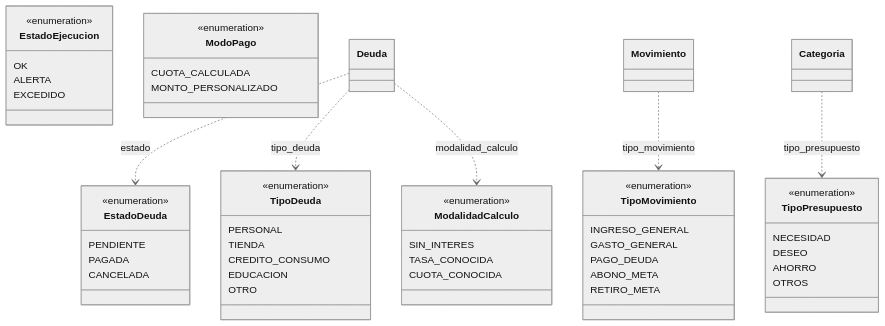
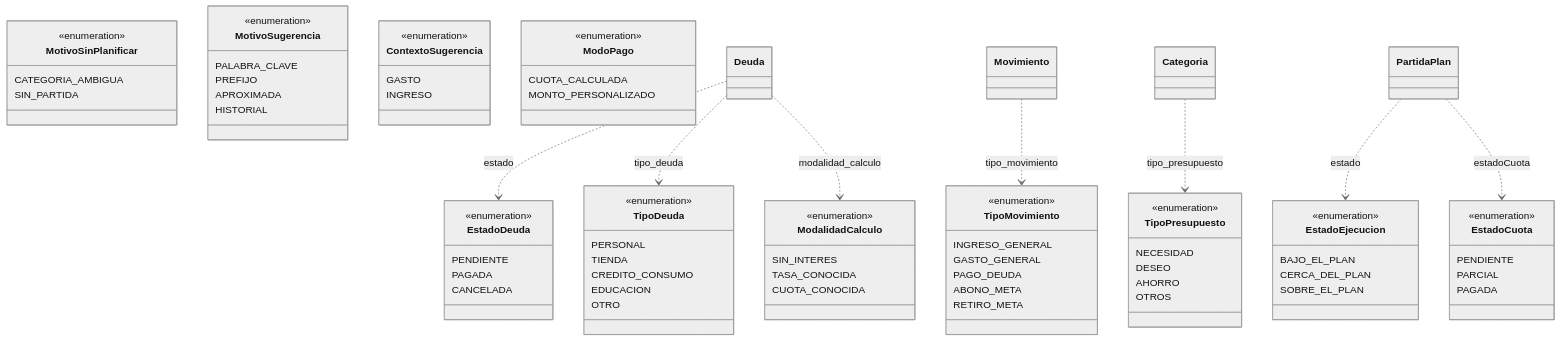
One commit to ItsMilkey/LITE changed the second of 2 diagrams in docs/diagramas/05-modelo-er.md. Above: the diagram before and after it, drawn with Mermaid (neutral theme). The commit also changed other lines of this file and 23 other files, not shown here.

````diff
--- a/docs/diagramas/05-modelo-er.md
+++ b/docs/diagramas/05-modelo-er.md
@@ -119,54 +210,79 @@
 ```mermaid
 classDiagram
     class EstadoDeuda {
         <<enumeration>>
         PENDIENTE
         PAGADA
         CANCELADA
     }
     class TipoDeuda {
         <<enumeration>>
         PERSONAL
         TIENDA
         CREDITO_CONSUMO
         EDUCACION
         OTRO
     }
     class ModalidadCalculo {
         <<enumeration>>
         SIN_INTERES
         TASA_CONOCIDA
         CUOTA_CONOCIDA
     }
     class TipoMovimiento {
         <<enumeration>>
         INGRESO_GENERAL
         GASTO_GENERAL
         PAGO_DEUDA
         ABONO_META
         RETIRO_META
     }
     class TipoPresupuesto {
         <<enumeration>>
         NECESIDAD
         DESEO
         AHORRO
         OTROS
     }
     class EstadoEjecucion {
         <<enumeration>>
-        OK
-        ALERTA
-        EXCEDIDO
+        BAJO_EL_PLAN
+        CERCA_DEL_PLAN
+        SOBRE_EL_PLAN
+    }
+    class EstadoCuota {
+        <<enumeration>>
+        PENDIENTE
+        PARCIAL
+        PAGADA
+    }
+    class MotivoSinPlanificar {
+        <<enumeration>>
+        CATEGORIA_AMBIGUA
+        SIN_PARTIDA
+    }
+    class MotivoSugerencia {
+        <<enumeration>>
+        PALABRA_CLAVE
+        PREFIJO
+        APROXIMADA
+        HISTORIAL
+    }
+    class ContextoSugerencia {
+        <<enumeration>>
+        GASTO
+        INGRESO
     }
     class ModoPago {
         <<enumeration>>
         CUOTA_CALCULADA
         MONTO_PERSONALIZADO
     }
     Deuda ..> EstadoDeuda : estado
     Deuda ..> TipoDeuda : tipo_deuda
     Deuda ..> ModalidadCalculo : modalidad_calculo
     Movimiento ..> TipoMovimiento : tipo_movimiento
     Categoria ..> TipoPresupuesto : tipo_presupuesto
+    PartidaPlan ..> EstadoEjecucion : estado
+    PartidaPlan ..> EstadoCuota : estadoCuota
 ```
````
